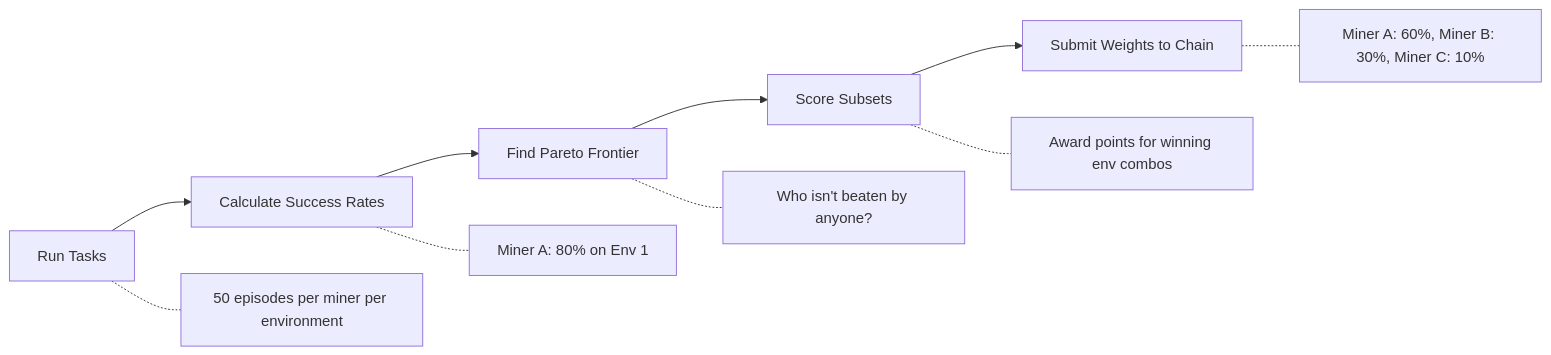
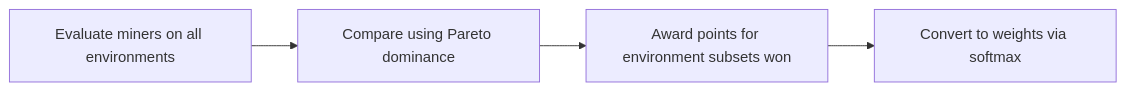
One commit to threetau/kinitro changed the diagram in docs/scoring-and-incentives.md. Above: the diagram before and after it, drawn with Mermaid. The commit also changed other lines of this file, not shown here.

````diff
--- a/docs/scoring-and-incentives.md
+++ b/docs/scoring-and-incentives.md
@@ -23,13 +7,6 @@
 ```mermaid
 flowchart LR
-    A[Run Tasks] --> B[Calculate Success Rates]
-    B --> C[Find Pareto Frontier]
-    C --> D[Score Subsets]
-    D --> E[Submit Weights to Chain]
-    
-    A -.- A1[50 episodes per miner per environment]
-    B -.- B1[Miner A: 80% on Env 1]
-    C -.- C1[Who isn't beaten by anyone?]
-    D -.- D1[Award points for winning env combos]
-    E -.- E1[Miner A: 60%, Miner B: 30%, Miner C: 10%]
+    A[Evaluate miners on all environments] --> B[Compare using Pareto dominance]
+    B --> C[Award points for environment subsets won]
+    C --> D[Convert to weights via softmax]
 ```
````
